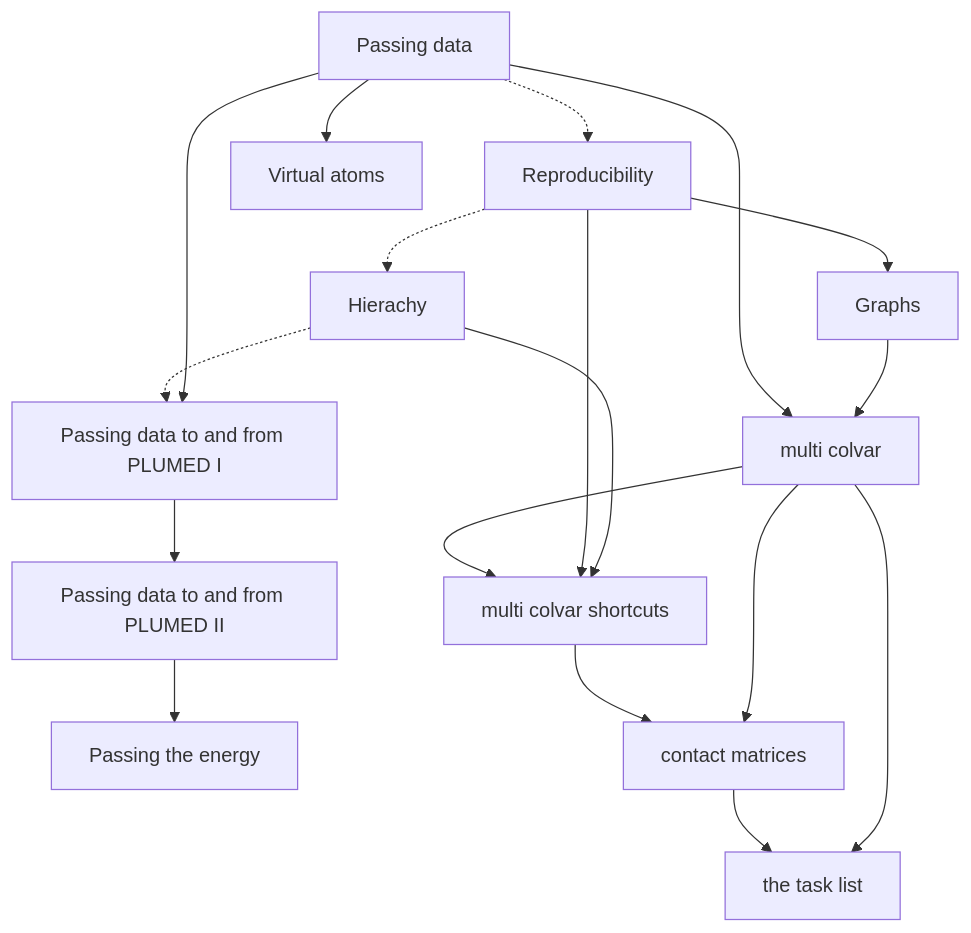
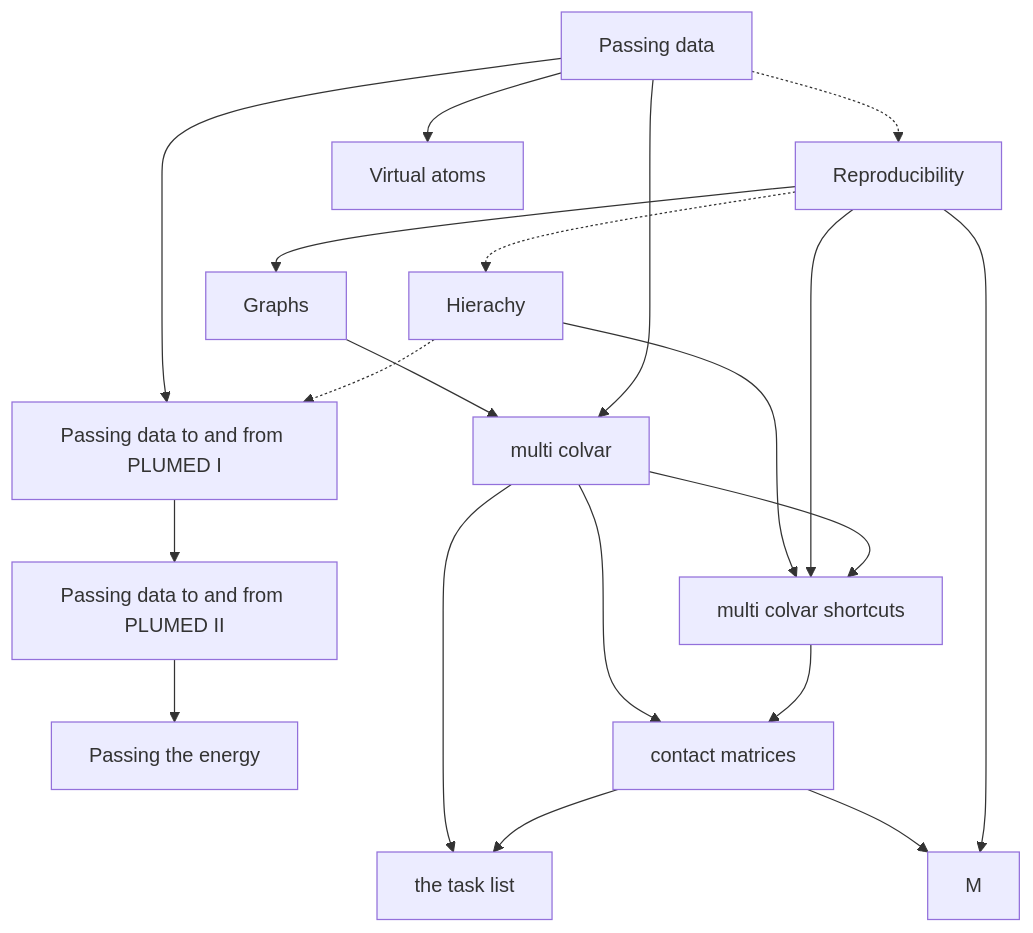
Before and after one commit to gtribello/plumed-thoughts: the diagram in NAVIGATION.md, drawn with Mermaid. The commit also changed 1 other file, not shown here.

Commit message:
Added post about SPRINT CVs

````diff
--- a/NAVIGATION.md
+++ b/NAVIGATION.md
@@ -21,32 +21,35 @@
 ```mermaid
 flowchart TB;
   A[Passing data] -.-> B[Reproducibility];
   B -.-> C[Hierachy];
   C -.-> D[Passing data to and from PLUMED I];
   D --> E[Passing data to and from PLUMED II];
   A --> D;
   E --> F[Passing the energy];
   A --> G[Virtual atoms]
   B --> H[Graphs]
   A --> I[multi colvar]
   H --> I
   I --> J[multi colvar shortcuts]
   B --> J
   C --> J
   J --> K[contact matrices]
   I --> K
   K --> L[the task list]
   I --> L
+  B --> M
+  K --> M
   click A "Passing.md" "8th May 2023: General thoughts about how data is passed between PLUMED actions";
   click B "Reproducibility.md" "8th May 2023: General thoughts about why we want to do calculations that are reproducibile";
   click C "Community.md" "8th May 2023: General thoughts about how we support communities of scholars"
   click D "MDInterfaceI.md" "8th May 2023: A description of how data is passed to and from PLUMED"
   click E "MDInterfaceII.md" "21st May 2023: A description of how atomic properties are passed to and from PLUMED"
   click F "PassingEnergy.md" "21st May 2023: A description of how potential energy is passed to PLUMED"
   click G "VirtualAtoms.md" "22nd May 2023: A description of how virtual atom positions are passed between Actions in PLUMED"
   click H "Graphs.md" "1st June 2023: A description of the way we can use graphs to illustrate PLUMED input files"
   click I "MultiColvar.md" "1st June 2023: An explaination of how multicolvar is implemented"
   click J "MultiColvarShortcut.md" "9th June 2023: An explanation of how backwards compatibility for MultiColvar has been ensured and an introduction to ActionShortcut"
   click K "contactMatrix.md" "12th June 2023: An explanation of how coordination numbers and contact maps can be used to construct CVs"
   click L "Tasks.md" "13th June 2023: More details on how the task list are used in the calculation of MultiColvars and contact matrix based CVs"
+  click M "Sprint.md" "3rd July 2023: Details on how SPRINT collective variables are implemented using shortcuts"
 ```
````
